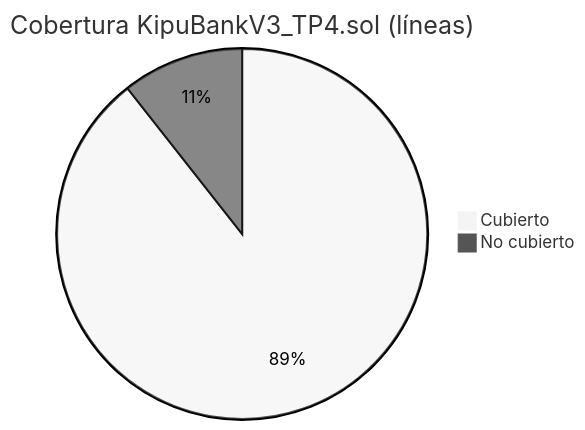
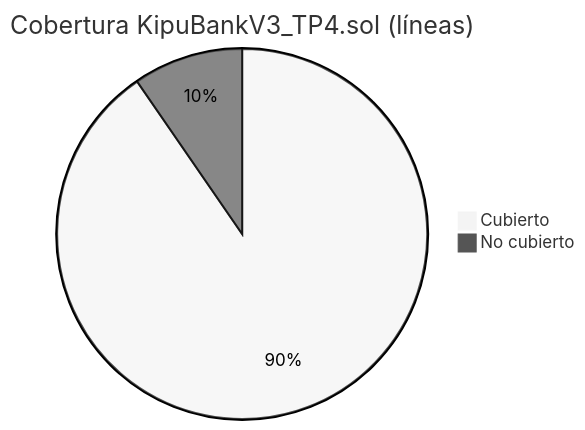
Diagram 11 of 11 in README.md (g-centurion/KipuBankV3), drawn with Mermaid (neutral theme) before and after one commit. The commit also changed other lines of this file and 39 other files, not shown here.

````diff
--- a/README.md
+++ b/README.md
@@ -483,6 +485,6 @@
 ```mermaid
 pie
    title Cobertura KipuBankV3_TP4.sol (líneas)
-   "Cubierto" : 89.38
-   "No cubierto" : 10.62
+   "Cubierto" : 90.4
+   "No cubierto" : 9.6
 ```
````
